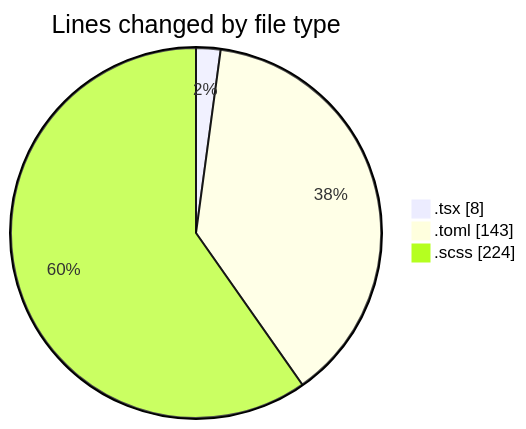
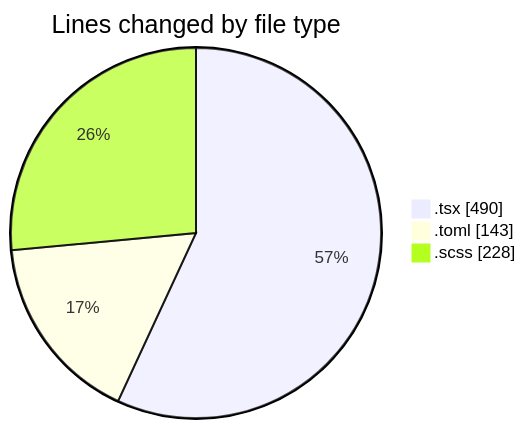
The first of 2 diagrams in 2026-11-02/cda/README.md (momahboobian/code-tracking), drawn with Mermaid before and after one commit. The commit also changed other lines of this file and 1 other file, not shown here.

````diff
--- a/2026-11-02/cda/README.md
+++ b/2026-11-02/cda/README.md
@@ -22,7 +23,7 @@
 ```mermaid
 pie showData
 title Lines changed by file type
-".tsx" : 8
+".tsx" : 490
 ".toml" : 143
-".scss" : 224
+".scss" : 228
 ```
````
